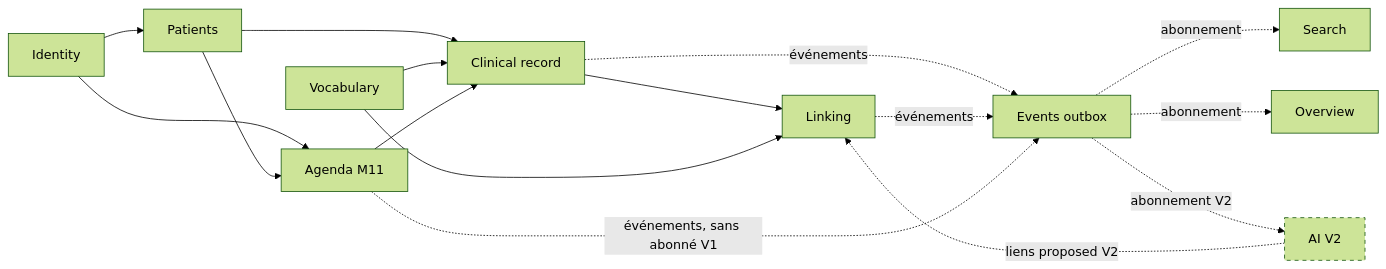
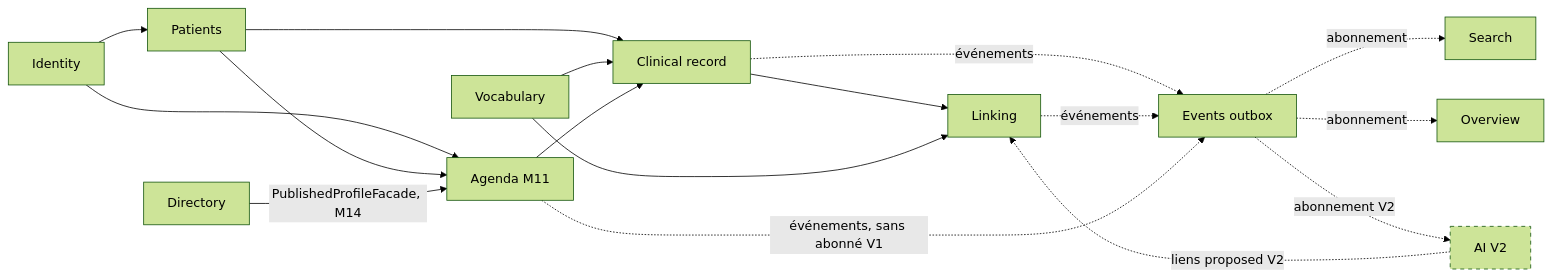
The first of 15 diagrams in docs/A-architecture.md (mrscams/psymate-api), drawn with Mermaid (forest theme) before and after one commit. The commit also changed other lines of this file and 9 other files, not shown here.

````diff
--- a/docs/A-architecture.md
+++ b/docs/A-architecture.md
@@ -199,19 +201,20 @@
 ```mermaid
 flowchart LR
   ID[Identity] --> PA[Patients]
   PA --> CR[Clinical record]
   VO[Vocabulary] --> CR
   CR --> LI[Linking]
   VO --> LI
   ID --> AG[Agenda M11]
   PA --> AG
+  DI[Directory] -->|PublishedProfileFacade, M14| AG
   AG --> CR
   CR -. événements .-> EV[Events outbox]
   LI -. événements .-> EV
   AG -. événements, sans abonné V1 .-> EV
   EV -. abonnement .-> SE[Search]
   EV -. abonnement .-> OV[Overview]
   EV -. abonnement V2 .-> AI[AI V2]
   AI -. liens proposed V2 .-> LI
   style AI stroke-dasharray: 5 5
 ```
````
